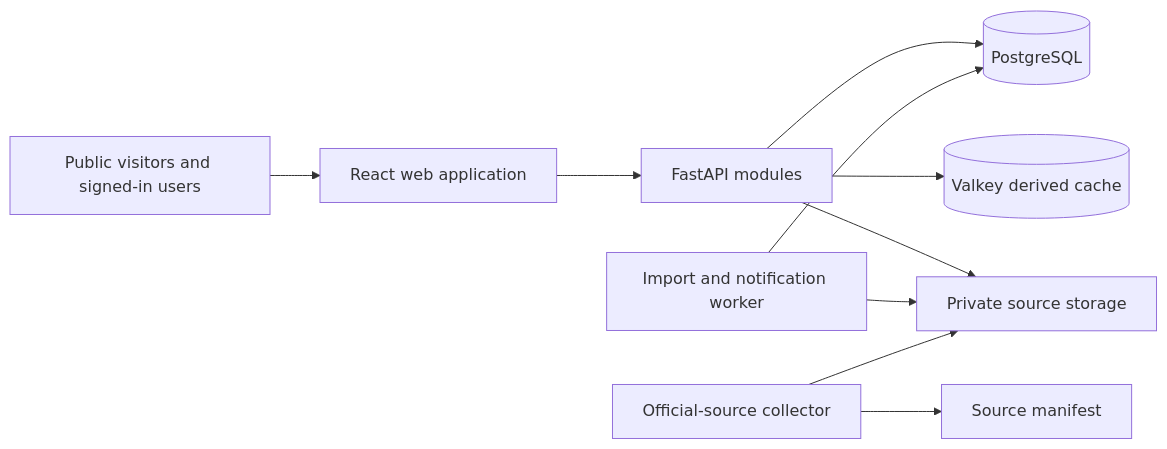
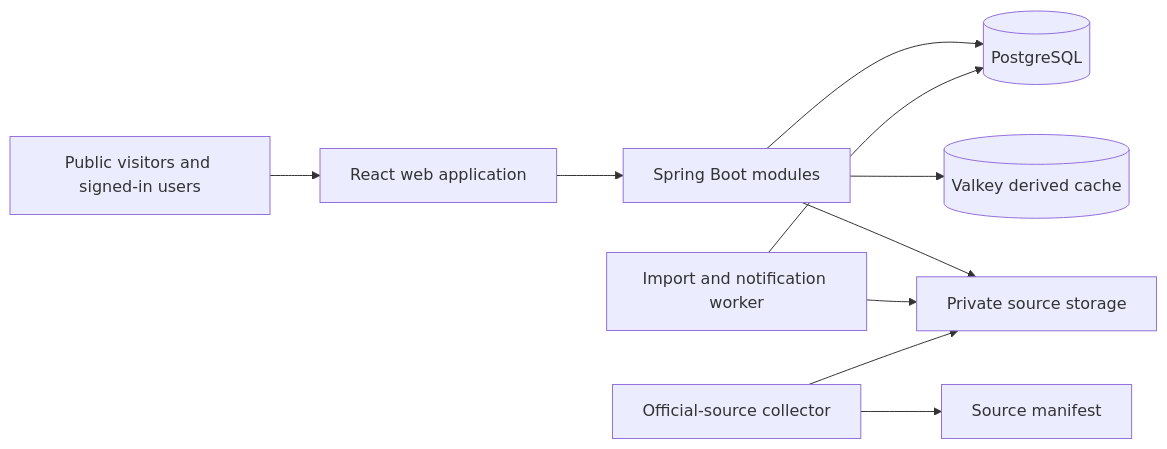
Before and after one commit to CodevGehu/QuickSlot-Smart-Free-Slot-Finder: the third of 3 diagrams in docs/rework/architecture-plan.md, drawn with Mermaid. The commit also changed other lines of this file and 15 other files, not shown here.

````diff
--- a/docs/rework/architecture-plan.md
+++ b/docs/rework/architecture-plan.md
@@ -60,12 +60,12 @@
 ```mermaid
 flowchart LR
     U[Public visitors and signed-in users] --> W[React web application]
-    W --> A[FastAPI modules]
+    W --> A[Spring Boot modules]
     A --> P[(PostgreSQL)]
     A --> V[(Valkey derived cache)]
     A --> S[Private source storage]
     J[Import and notification worker] --> P
     J --> S
     C[Official-source collector] --> S
     C --> M[Source manifest]
 ```
````
